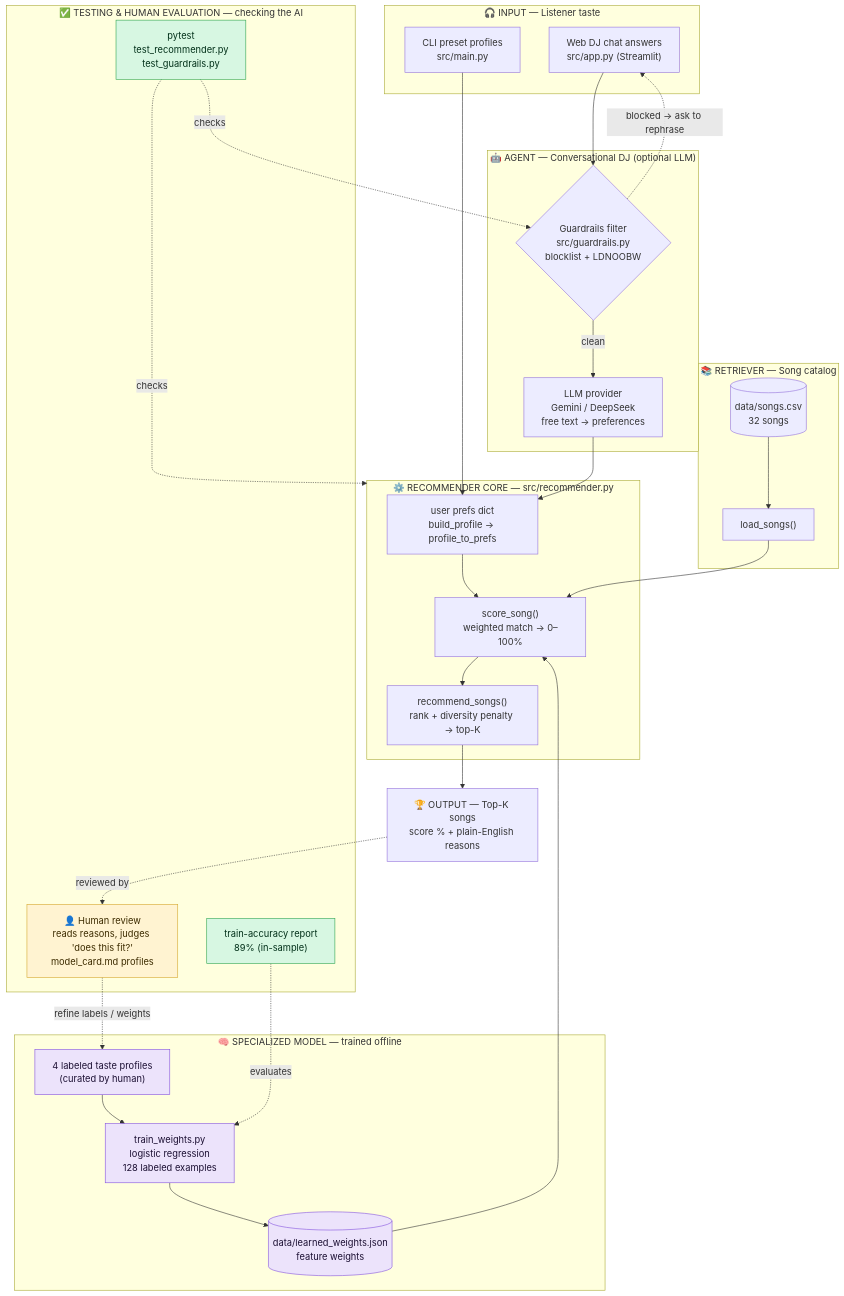
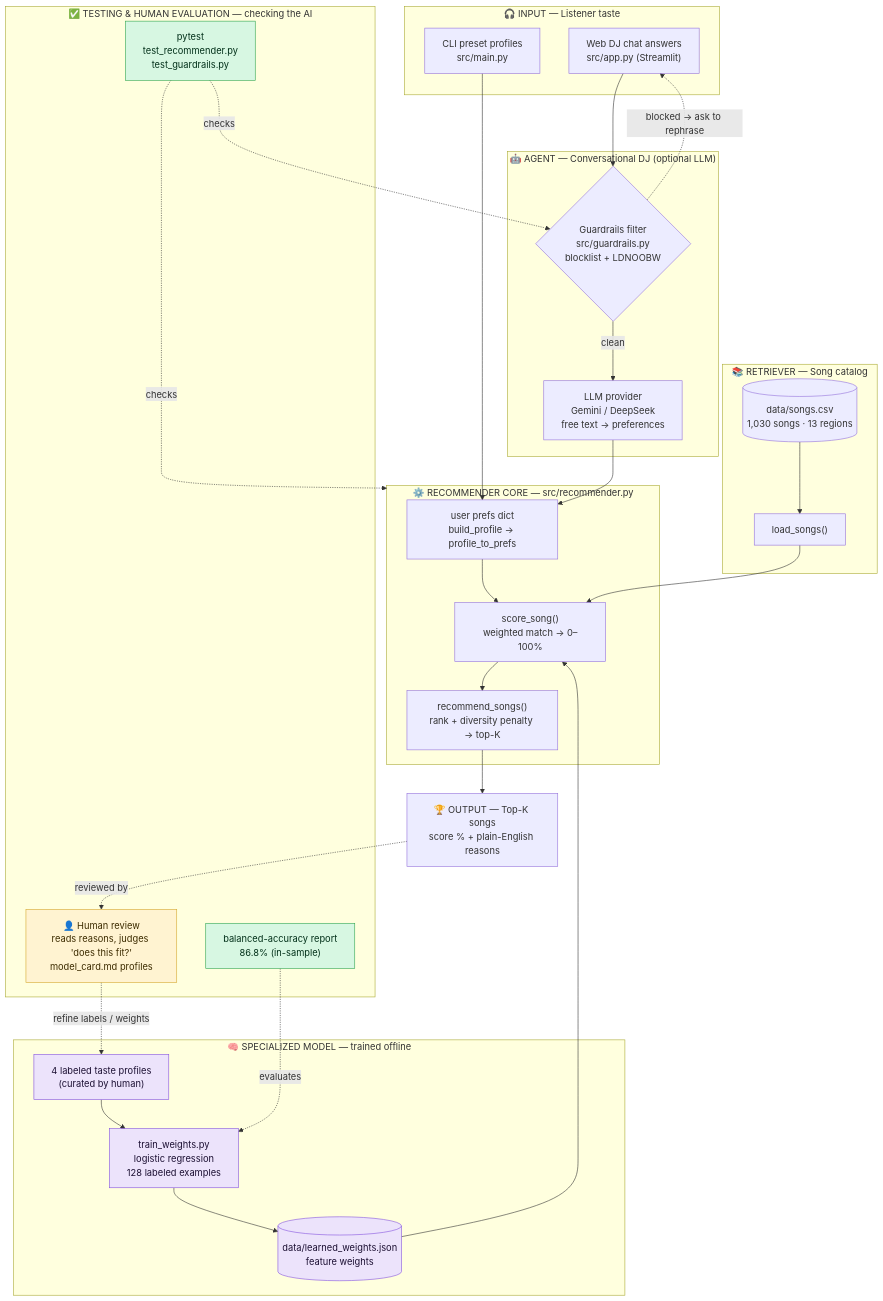
One commit to Misha-te/applied-ai-system-final changed the diagram in diagrams/system-architecture.md. Above: the diagram before and after it, drawn with Mermaid. The commit also changed other lines of this file and 18 other files, not shown here.

````diff
--- a/diagrams/system-architecture.md
+++ b/diagrams/system-architecture.md
@@ -8,71 +8,71 @@
 ```mermaid
 flowchart TD
     %% ---------------- INPUT ----------------
     subgraph INPUT["🎧 INPUT — Listener taste"]
         CLI["CLI preset profiles<br/>src/main.py"]
         CHAT["Web DJ chat answers<br/>src/app.py (Streamlit)"]
     end
 
     %% ---------------- AGENT (web app) ----------------
     subgraph AGENT["🤖 AGENT — Conversational DJ (optional LLM)"]
         GUARD{"Guardrails filter<br/>src/guardrails.py<br/>blocklist + LDNOOBW"}
         LLM["LLM provider<br/>Gemini / DeepSeek<br/>free text → preferences"]
         GUARD -->|clean| LLM
         GUARD -.->|blocked → ask to rephrase| CHAT
     end
 
     %% ---------------- RETRIEVER ----------------
     subgraph RETRIEVE["📚 RETRIEVER — Song catalog"]
-        CSV[("data/songs.csv<br/>32 songs")]
+        CSV[("data/songs.csv<br/>1,030 songs · 13 regions")]
         LOAD["load_songs()"]
         CSV --> LOAD
     end
 
     %% ---------------- SPECIALIZED MODEL (offline) ----------------
     subgraph TRAIN["🧠 SPECIALIZED MODEL — trained offline"]
         LABELS["4 labeled taste profiles<br/>(curated by human)"]
         TW["train_weights.py<br/>logistic regression<br/>128 labeled examples"]
         LW[("data/learned_weights.json<br/>feature weights")]
         LABELS --> TW --> LW
     end
 
     %% ---------------- RECOMMENDER CORE ----------------
     subgraph CORE["⚙️ RECOMMENDER CORE — src/recommender.py"]
         PREFS["user prefs dict<br/>build_profile → profile_to_prefs"]
         SCORE["score_song()<br/>weighted match → 0–100%"]
         RANK["recommend_songs()<br/>rank + diversity penalty → top-K"]
         PREFS --> SCORE --> RANK
     end
 
     %% ---------------- OUTPUT ----------------
     OUT["🏆 OUTPUT — Top-K songs<br/>score % + plain-English reasons"]
 
     %% ---------------- TESTING & HUMAN EVALUATION ----------------
     subgraph CHECK["✅ TESTING & HUMAN EVALUATION — checking the AI"]
         PYTEST["pytest<br/>test_recommender.py<br/>test_guardrails.py"]
-        ACC["train-accuracy report<br/>89% (in-sample)"]
+        ACC["balanced-accuracy report<br/>86.8% (in-sample)"]
         HUMAN["👤 Human review<br/>reads reasons, judges 'does this fit?'<br/>model_card.md profiles"]
     end
 
     %% ---------------- DATA FLOW ----------------
     CLI --> PREFS
     CHAT --> GUARD
     LLM --> PREFS
     LOAD --> SCORE
     LW --> SCORE
     RANK --> OUT
 
     %% ---------------- CHECKS (dashed = verification) ----------------
     PYTEST -. checks .-> CORE
     PYTEST -. checks .-> GUARD
     ACC -. evaluates .-> TW
     OUT -. reviewed by .-> HUMAN
     HUMAN -. refine labels / weights .-> LABELS
 
     classDef model fill:#ece3fb,stroke:#8250df,color:#1c1033;
     classDef human fill:#fff3d1,stroke:#d4a72c,color:#3d2c00;
     classDef test fill:#d7f7e2,stroke:#2da44e,color:#03311a;
     class TW,LW,LABELS model;
     class HUMAN human;
     class PYTEST,ACC test;
 ```
````
